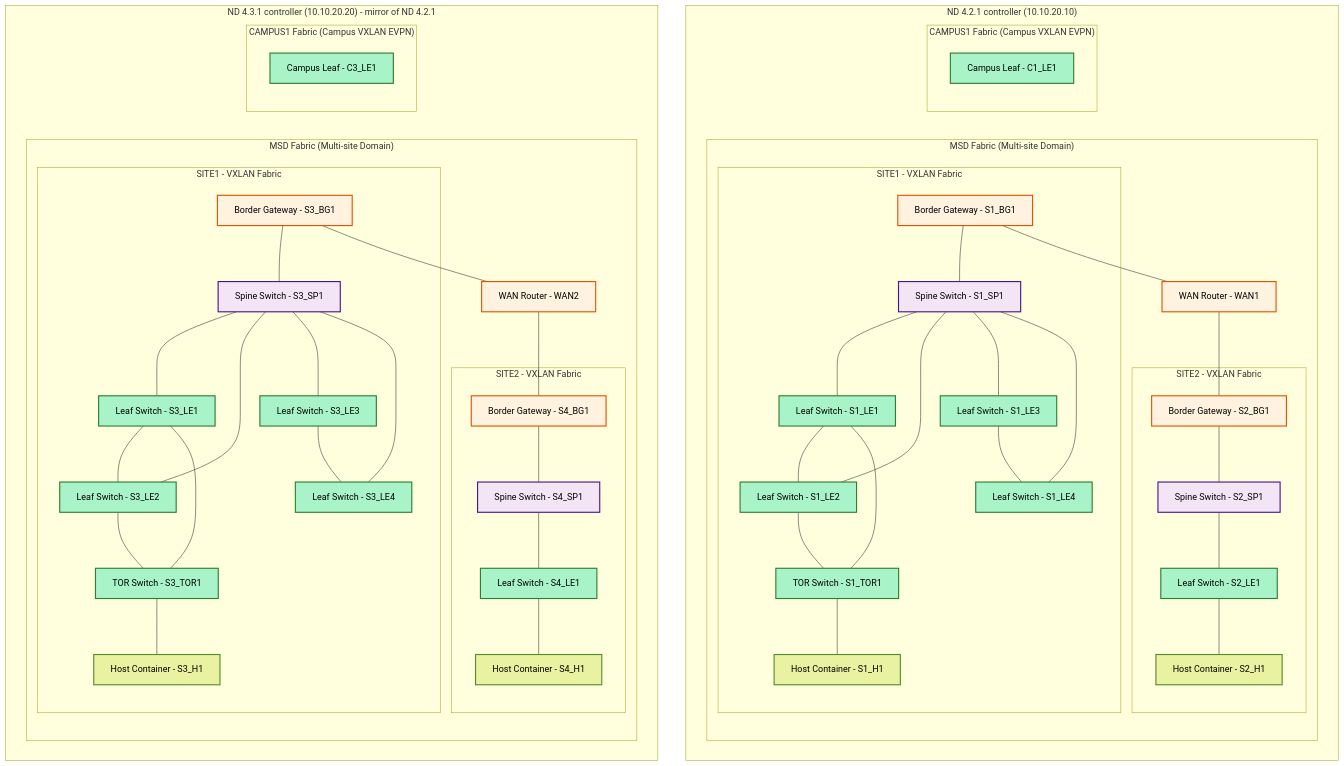
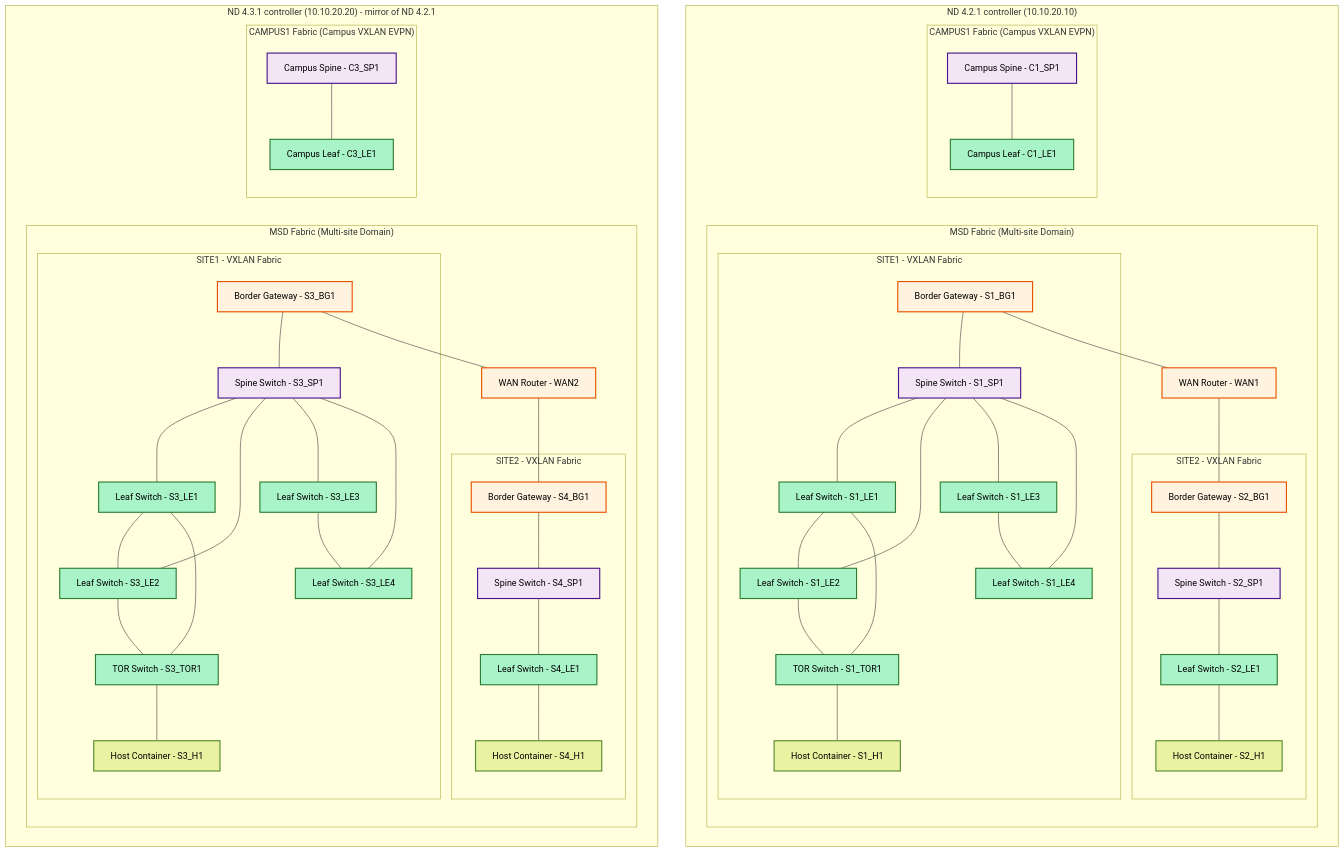
The diagram in README.md (allenrobel/n9kv-kvm), drawn with Mermaid before and after one commit. The commit also changed other lines of this file and 7 other files, not shown here.

First line of the commit message:
provision/inventory/docs: C1_SP1 and C3_SP1 campus spines with one leaf-spine link per controller

````diff
--- a/README.md
+++ b/README.md
@@ -283,6 +284,10 @@
         end
         subgraph CAMPUS1_421["CAMPUS1 Fabric (Campus VXLAN EVPN)"]
             C1_LE1[Campus Leaf - C1_LE1]
+            C1_SP1[Campus Spine - C1_SP1]
+
+            %% CAMPUS1 fabric connection
+            C1_SP1 --- C1_LE1
         end
     end
 
@@ -331,6 +336,10 @@
         end
         subgraph CAMPUS1_431["CAMPUS1 Fabric (Campus VXLAN EVPN)"]
             C3_LE1[Campus Leaf - C3_LE1]
+            C3_SP1[Campus Spine - C3_SP1]
+
+            %% CAMPUS1 fabric connection
+            C3_SP1 --- C3_LE1
         end
     end
 
@@ -343,7 +352,7 @@
     classDef host fill:#e8f2a0,stroke:#558b2f,stroke-width:2px,color:#000000
 
     class S1_BG1,S2_BG1,S3_BG1,S4_BG1,WAN1,WAN2 borderGateway
-    class S1_SP1,S2_SP1,S3_SP1,S4_SP1 spine
+    class S1_SP1,S2_SP1,S3_SP1,S4_SP1,C1_SP1,C3_SP1 spine
     class S1_LE1,S1_LE2,S1_LE3,S1_LE4,S1_TOR1,S2_LE1,S3_LE1,S3_LE2,S3_LE3,S3_LE4,S3_TOR1,S4_LE1,C1_LE1,C3_LE1 leaf
     class S1_H1,S2_H1,S3_H1,S4_H1 host
 ```
````
